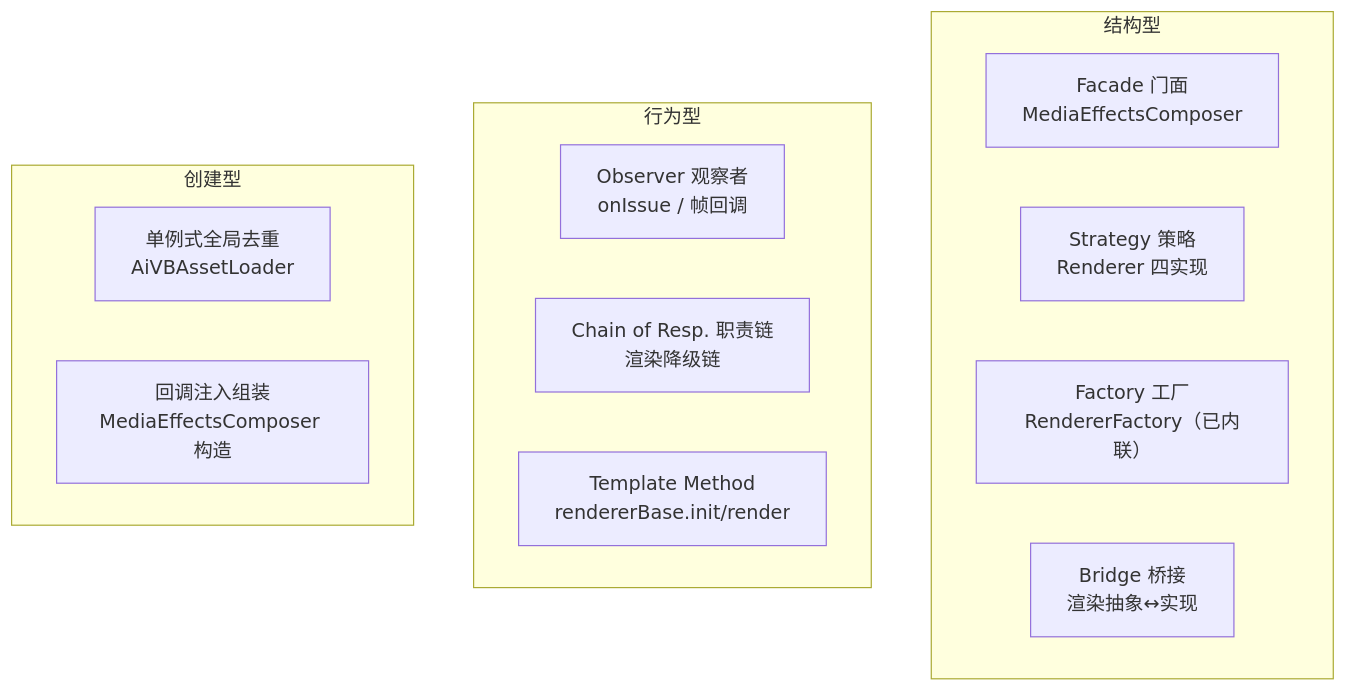
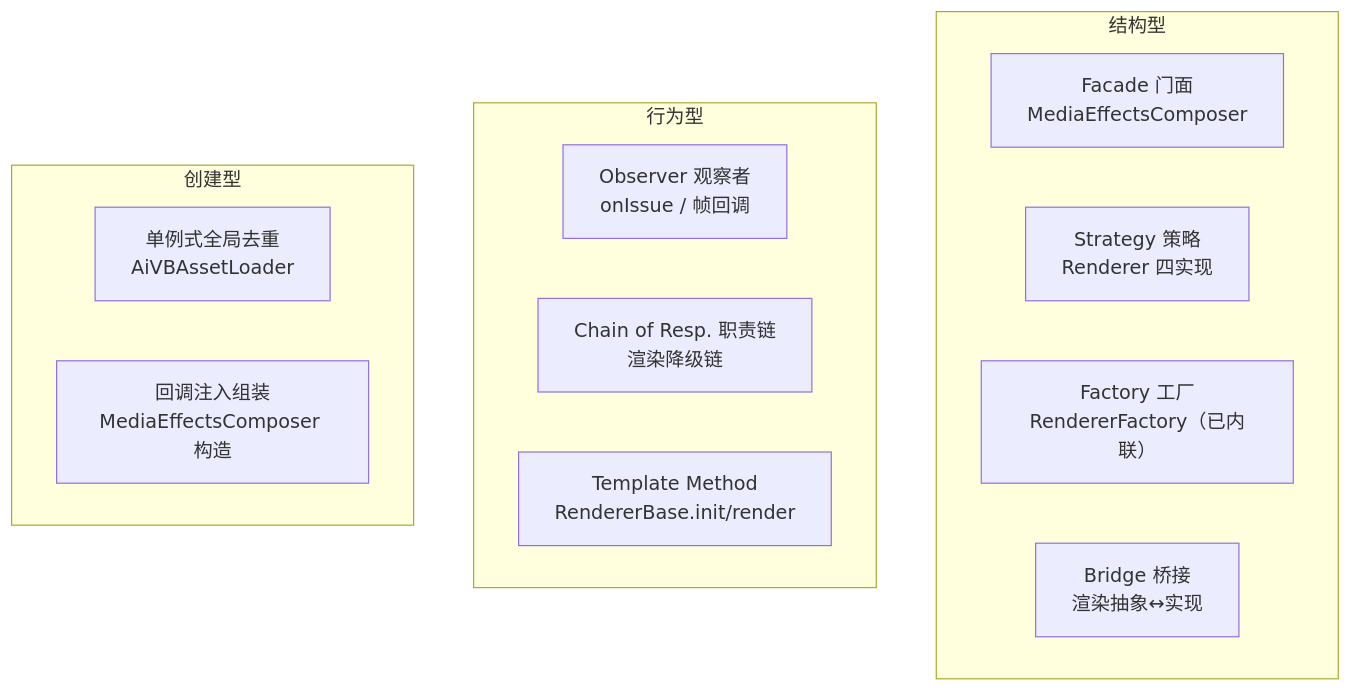
Diagram 18 of 19 in docs/MediaEffectsComposer/MediaEffectsComposer-学习手册.md (lei40251/JsSIP), drawn with Mermaid before and after one commit. The commit also changed other lines of this file and 55 other files, not shown here.

````diff
--- a/docs/MediaEffectsComposer/MediaEffectsComposer-学习手册.md
+++ b/docs/MediaEffectsComposer/MediaEffectsComposer-学习手册.md
@@ -862,20 +862,20 @@
 ```mermaid
 graph TB
     subgraph 结构型
         FAC["Facade 门面<br/>MediaEffectsComposer"]
         STR["Strategy 策略<br/>Renderer 四实现"]
         FACT["Factory 工厂<br/>RendererFactory（已内联）"]
         BR["Bridge 桥接<br/>渲染抽象↔实现"]
     end
 
     subgraph 行为型
         OBS["Observer 观察者<br/>onIssue / 帧回调"]
         CHN["Chain of Resp. 职责链<br/>渲染降级链"]
-        TMP["Template Method<br/>rendererBase.init/render"]
+        TMP["Template Method<br/>RendererBase.init/render"]
     end
 
     subgraph 创建型
         SGL["单例式全局去重<br/>AiVBAssetLoader"]
         BUI["回调注入组装<br/>MediaEffectsComposer 构造"]
     end
 ```
````
